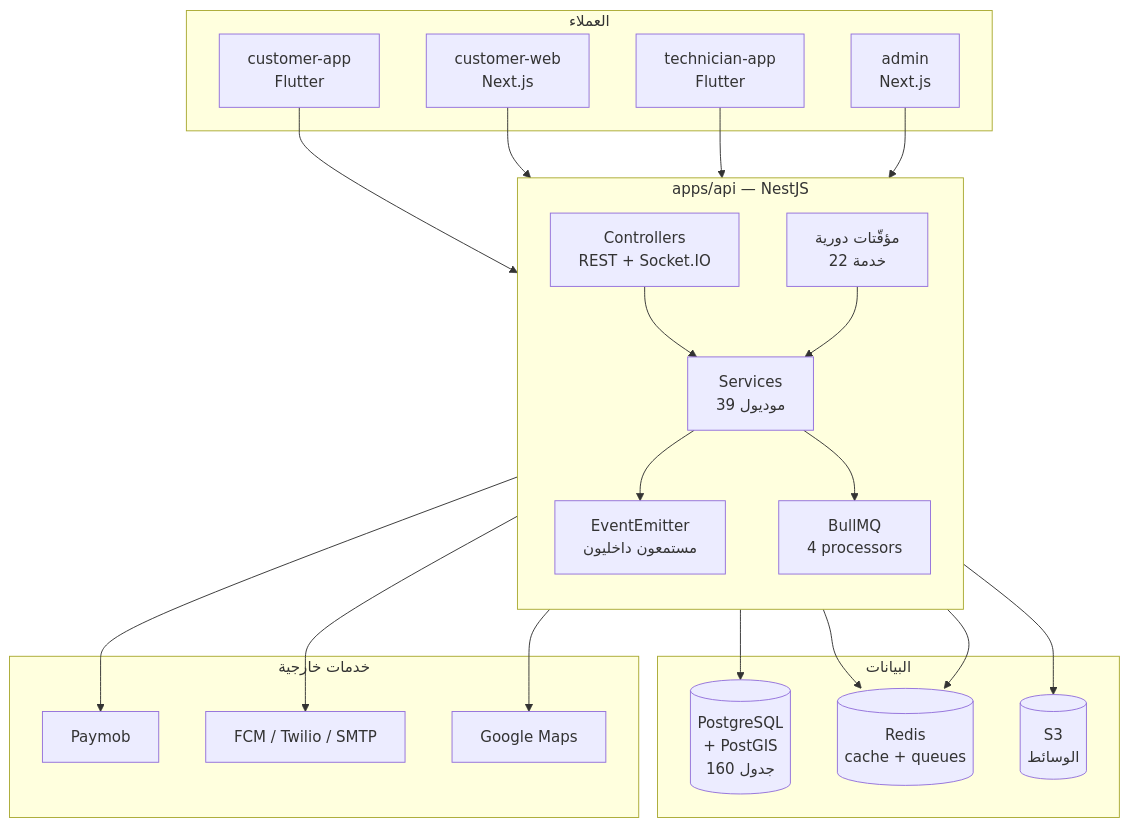
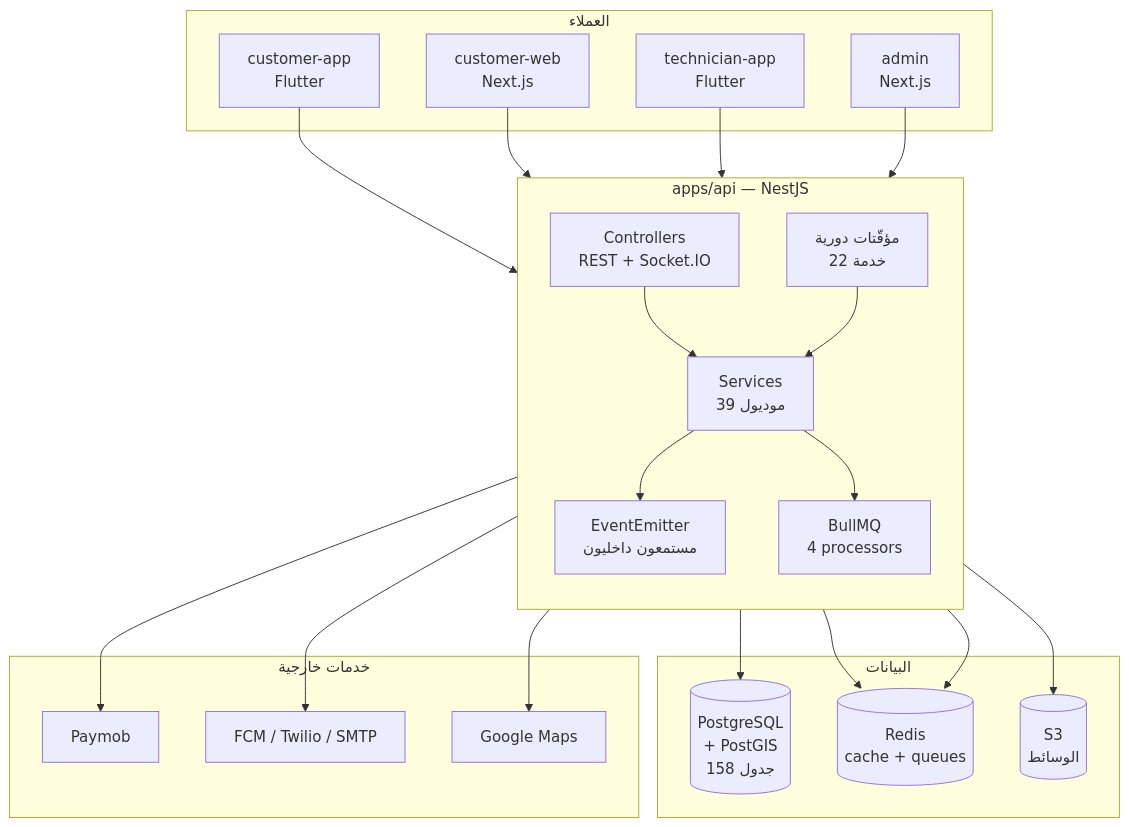
One commit to youssefelsane-hash/portalSp changed the diagram in docs/system-audit/00-SYSTEM-MAP.md. Above: the diagram before and after it, drawn with Mermaid. The commit also changed other lines of this file and 2 other files, not shown here.

````diff
--- a/docs/system-audit/00-SYSTEM-MAP.md
+++ b/docs/system-audit/00-SYSTEM-MAP.md
@@ -38,46 +38,46 @@
 ```mermaid
 flowchart TB
   subgraph Clients["العملاء"]
     CA["customer-app<br/>Flutter"]
     CW["customer-web<br/>Next.js"]
     TA["technician-app<br/>Flutter"]
     AD["admin<br/>Next.js"]
   end
 
   subgraph API["apps/api — NestJS"]
     direction TB
     CTRL["Controllers<br/>REST + Socket.IO"]
     SVC["Services<br/>39 موديول"]
     EV["EventEmitter<br/>مستمعون داخليون"]
     Q["BullMQ<br/>4 processors"]
     T["مؤقّتات دورية<br/>22 خدمة"]
   end
 
   subgraph Data["البيانات"]
-    PG[("PostgreSQL<br/>+ PostGIS<br/>160 جدول")]
+    PG[("PostgreSQL<br/>+ PostGIS<br/>158 جدول")]
     RD[("Redis<br/>cache + queues")]
     S3[("S3<br/>الوسائط")]
   end
 
   subgraph Ext["خدمات خارجية"]
     PM["Paymob"]
     FCM["FCM / Twilio / SMTP"]
     GM["Google Maps"]
   end
 
   CA --> CTRL
   CW --> CTRL
   TA --> CTRL
   AD --> CTRL
   CTRL --> SVC
   SVC --> EV
   SVC --> Q
   T --> SVC
   Q --> RD
   SVC --> PG
   SVC --> RD
   SVC --> S3
   SVC --> PM
   SVC --> FCM
   SVC --> GM
 ```
````
